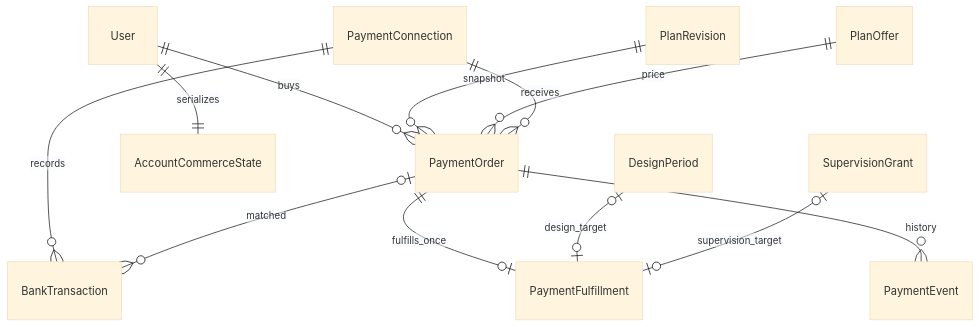
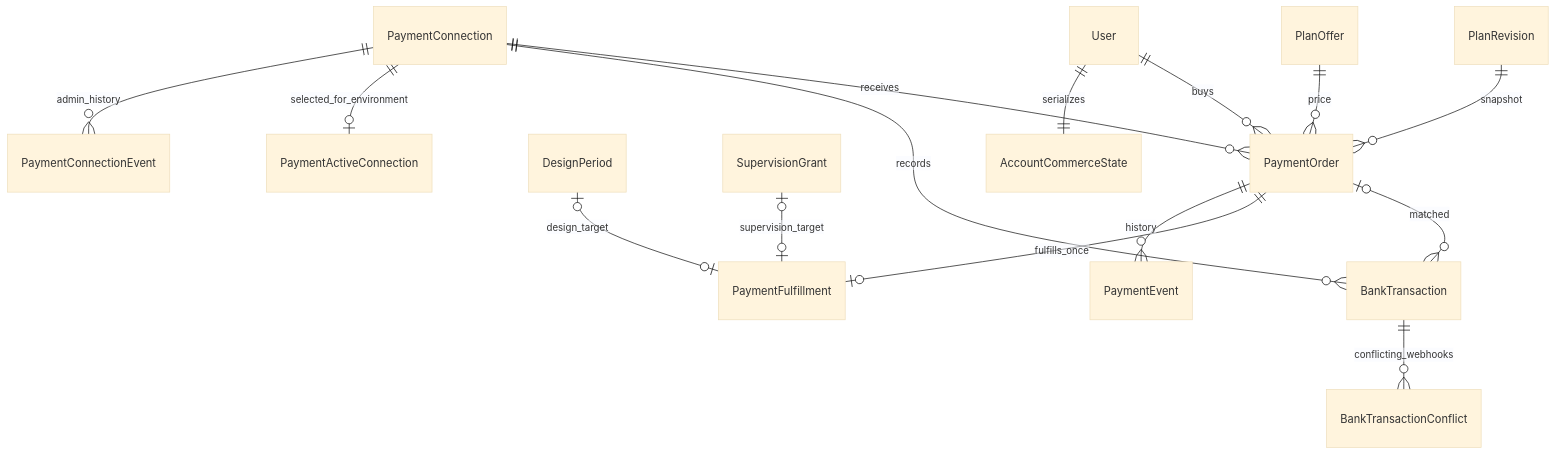
One commit to TaskCoper/bmt-documentation changed the fifth of 5 diagrams in tdd/TDD-PAY-001.md. Above: the diagram before and after it, drawn with Mermaid (base theme). The commit also changed other lines of this file and 33 other files, not shown here.

````diff
--- a/tdd/TDD-PAY-001.md
+++ b/tdd/TDD-PAY-001.md
@@ -319,14 +401,17 @@
 ```mermaid
 erDiagram
     User ||--o{ PaymentOrder : buys
     User ||--|| AccountCommerceState : serializes
     PlanRevision ||--o{ PaymentOrder : snapshot
     PlanOffer ||--o{ PaymentOrder : price
     PaymentConnection ||--o{ PaymentOrder : receives
     PaymentConnection ||--o{ BankTransaction : records
     PaymentOrder o|--o{ BankTransaction : matched
     PaymentOrder ||--o| PaymentFulfillment : fulfills_once
     DesignPeriod o|--o| PaymentFulfillment : design_target
     SupervisionGrant o|--o| PaymentFulfillment : supervision_target
     PaymentOrder ||--o{ PaymentEvent : history
+    BankTransaction ||--o{ BankTransactionConflict : conflicting_webhooks
+    PaymentConnection ||--o| PaymentActiveConnection : selected_for_environment
+    PaymentConnection ||--o{ PaymentConnectionEvent : admin_history
 ```
````
